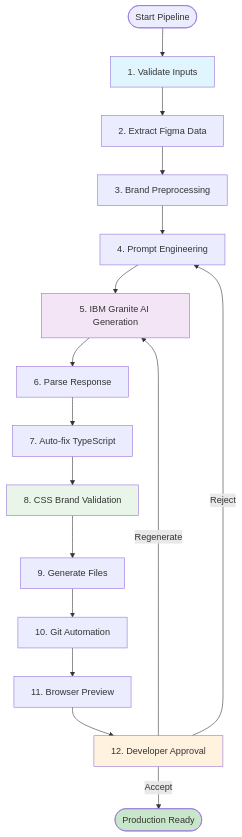
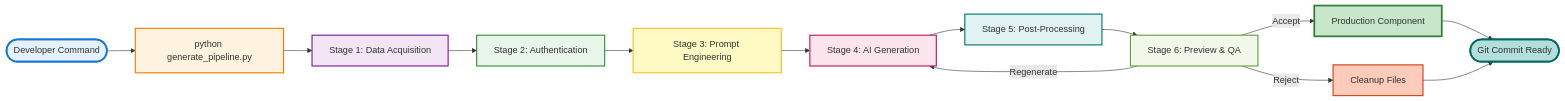
One commit to jainshauryaups/FIGMA-UX-TO-UI-CODE-GENERATOR changed the third of 6 diagrams in README.md. Above: the diagram before and after it, drawn with Mermaid. The commit also changed other lines of this file, not shown here.

Commit message:
Professional README for POC presentation - removed all emojis, enhanced Mermaid diagrams with enterprise architecture flows, added Gantt timeline, sequence diagram, and comprehensive tech stack visualization

````diff
--- a/README.md
+++ b/README.md
@@ -378,25 +180,27 @@
 ```mermaid
-flowchart TD
-    START([Start Pipeline]) --> S1[1. Validate Inputs]
-    S1 --> S2[2. Extract Figma Data]
-    S2 --> S3[3. Brand Preprocessing]
-    S3 --> S4[4. Prompt Engineering]
-    S4 --> S5[5. IBM Granite AI Generation]
-    S5 --> S6[6. Parse Response]
-    S6 --> S7[7. Auto-fix TypeScript]
-    S7 --> S8[8. CSS Brand Validation]
-    S8 --> S9[9. Generate Files]
-    S9 --> S10[10. Git Automation]
-    S10 --> S11[11. Browser Preview]
-    S11 --> S12[12. Developer Approval]
+flowchart LR
+    START([Developer Command]) --> CMD[python generate_pipeline.py]
+    CMD --> STAGE1[Stage 1: Data Acquisition]
+    STAGE1 --> STAGE2[Stage 2: Authentication]
+    STAGE2 --> STAGE3[Stage 3: Prompt Engineering]
+    STAGE3 --> STAGE4[Stage 4: AI Generation]
+    STAGE4 --> STAGE5[Stage 5: Post-Processing]
+    STAGE5 --> STAGE6[Stage 6: Preview & QA]
+    STAGE6 -->|Accept| PROD[Production Component]
+    STAGE6 -->|Reject| CLEANUP[Cleanup Files]
+    STAGE6 -->|Regenerate| STAGE4
+    PROD --> END([Git Commit Ready])
+    CLEANUP --> END
     
-    S12 -->|Accept| END([Production Ready])
-    S12 -->|Reject| S4
-    S12 -->|Regenerate| S5
-    
-    style S1 fill:#e1f5fe
-    style S5 fill:#f3e5f5
-    style S8 fill:#e8f5e8
-    style S12 fill:#fff3e0
-    style END fill:#c8e6c9
+    style START fill:#e3f2fd,stroke:#1976d2,stroke-width:3px
+    style CMD fill:#fff3e0,stroke:#f57c00,stroke-width:2px
+    style STAGE1 fill:#f3e5f5,stroke:#7b1fa2,stroke-width:2px
+    style STAGE2 fill:#e8f5e9,stroke:#388e3c,stroke-width:2px
+    style STAGE3 fill:#fff9c4,stroke:#fbc02d,stroke-width:2px
+    style STAGE4 fill:#fce4ec,stroke:#c2185b,stroke-width:2px
+    style STAGE5 fill:#e0f2f1,stroke:#00796b,stroke-width:2px
+    style STAGE6 fill:#f1f8e9,stroke:#689f38,stroke-width:2px
+    style PROD fill:#c8e6c9,stroke:#2e7d32,stroke-width:3px
+    style CLEANUP fill:#ffccbc,stroke:#d84315,stroke-width:2px
+    style END fill:#b2dfdb,stroke:#00695c,stroke-width:3px
 ```
````
